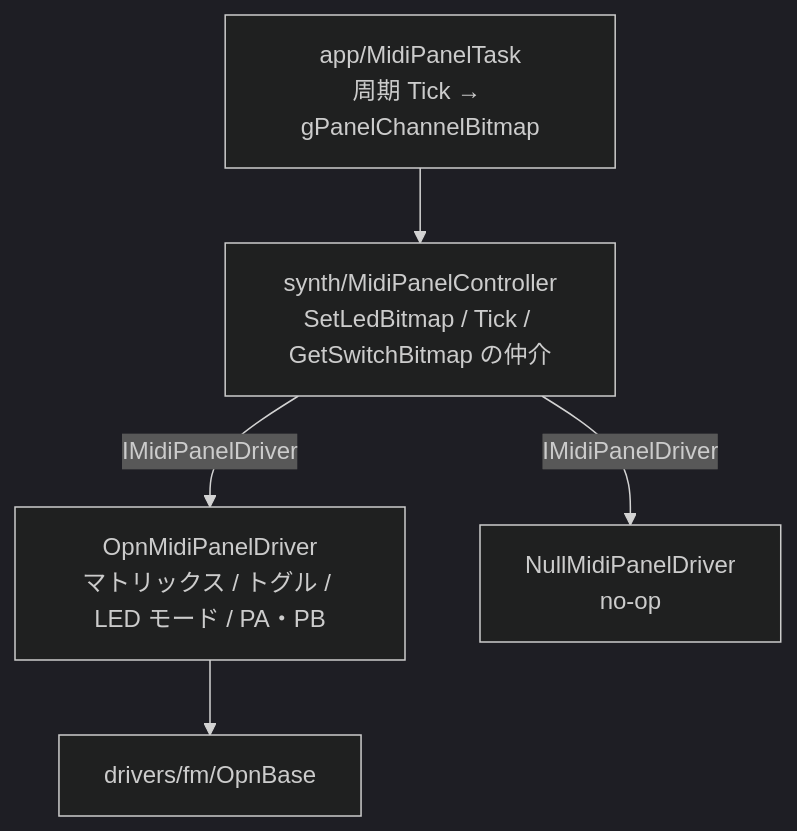
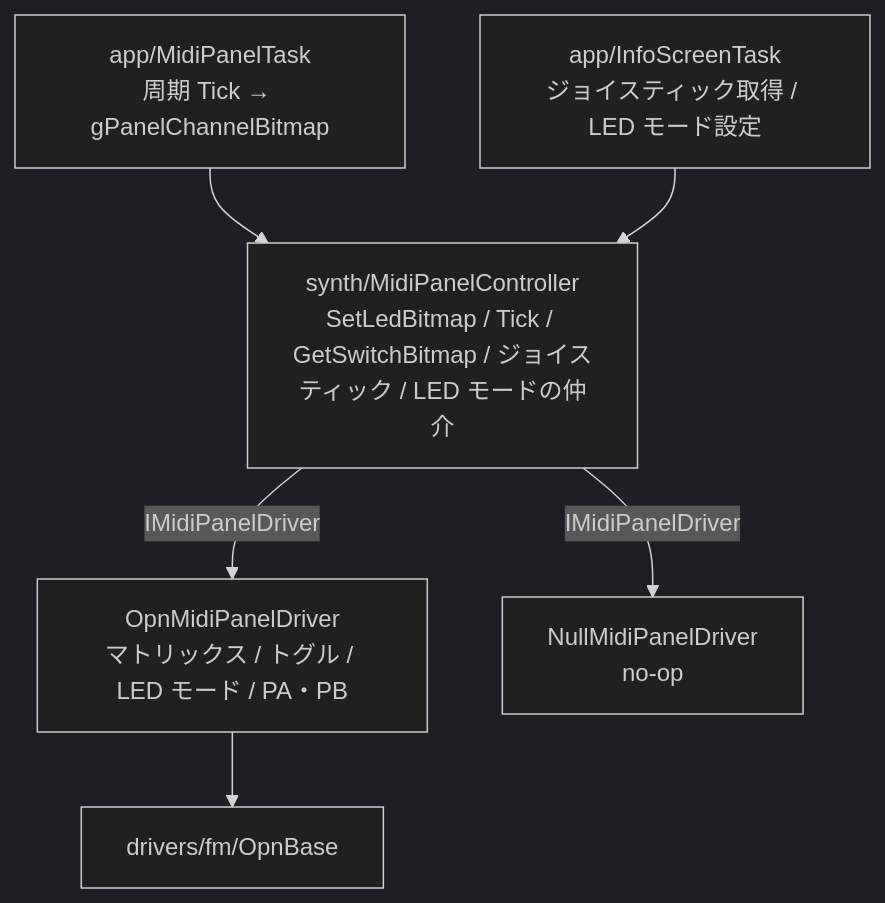
One commit to 46nori/FMSynthEnsembleV3 changed the second of 6 diagrams in doc/design_midi_panel.md. Above: the diagram before and after it, drawn with Mermaid (dark theme). The commit also changed other lines of this file and 65 other files, not shown here.

````diff
--- a/doc/design_midi_panel.md
+++ b/doc/design_midi_panel.md
@@ -132,9 +134,11 @@
 ```mermaid
 flowchart TD
     task["app/MidiPanelTask<br>周期 Tick → gPanelChannelBitmap"]
-    ctrl["synth/MidiPanelController<br>SetLedBitmap / Tick / GetSwitchBitmap の仲介"]
+    info["app/InfoScreenTask<br>ジョイスティック取得 / LED モード設定"]
+    ctrl["synth/MidiPanelController<br>SetLedBitmap / Tick / GetSwitchBitmap / ジョイスティック / LED モードの仲介"]
     task --> ctrl
+    info --> ctrl
     ctrl -- IMidiPanelDriver --> opn["OpnMidiPanelDriver<br>マトリックス / トグル / LED モード / PA・PB"]
     ctrl -- IMidiPanelDriver --> null["NullMidiPanelDriver<br>no-op"]
     opn --> fm["drivers/fm/OpnBase"]
 ```
````
